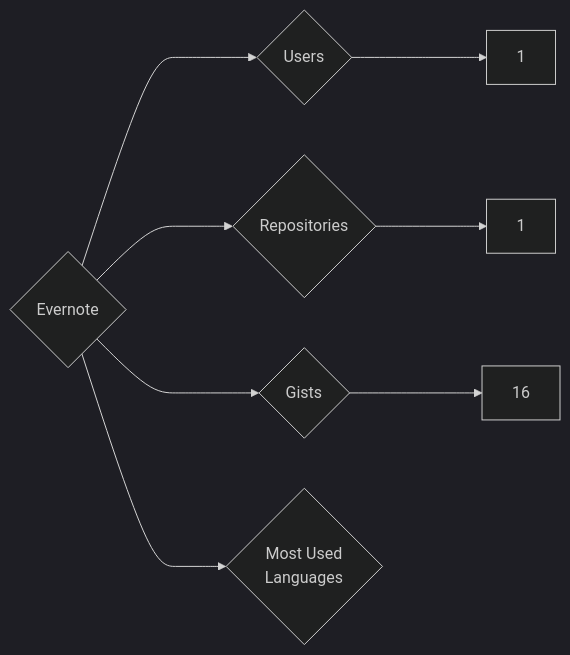
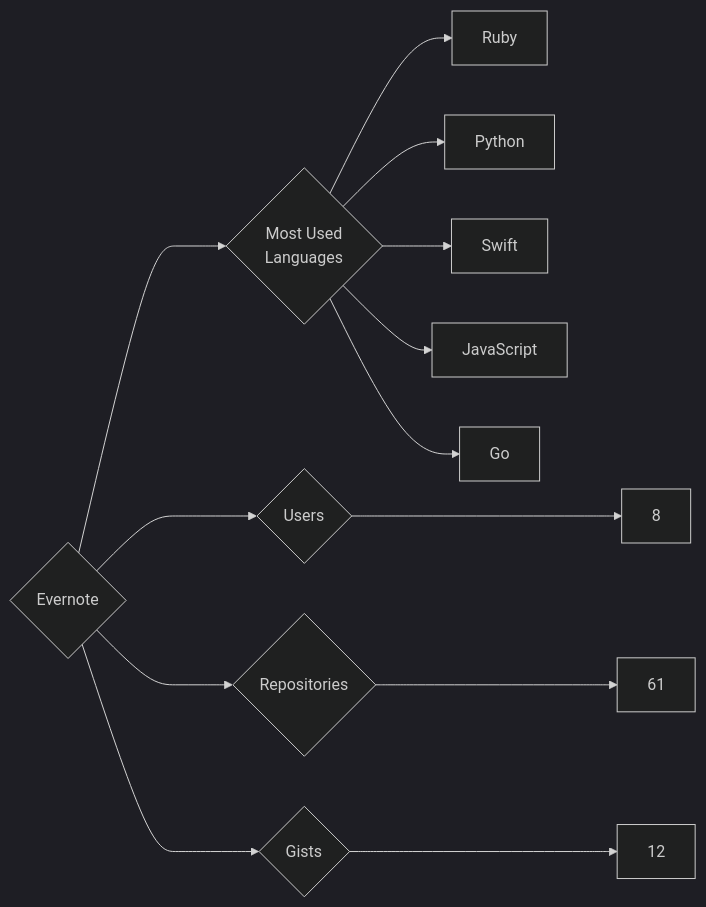
One commit to trickest/insiders changed the diagram in targets/Evernote/README.md. Above: the diagram before and after it, drawn with Mermaid (dark theme). The commit also changed 938 other files, not shown here.

````diff
--- a/targets/Evernote/README.md
+++ b/targets/Evernote/README.md
@@ -3,8 +3,13 @@
 ```mermaid
 graph LR
 COMPANY_NAME{Evernote}
-COMPANY_NAME ---> U{Users} ---> UN[1]
-COMPANY_NAME ---> R{Repositories} ---> RN[1]
-COMPANY_NAME ---> G{Gists} ---> GN[16]
+COMPANY_NAME ---> U{Users} ---> UN[8]
+COMPANY_NAME ---> R{Repositories} ---> RN[61]
+COMPANY_NAME ---> G{Gists} ---> GN[12]
 COMPANY_NAME ---> ML{Most Used<br>Languages}
+ML --> Ruby[Ruby]
+ML --> Python[Python]
+ML --> Swift[Swift]
+ML --> JavaScript[JavaScript]
+ML --> Go[Go]
 ```
````
